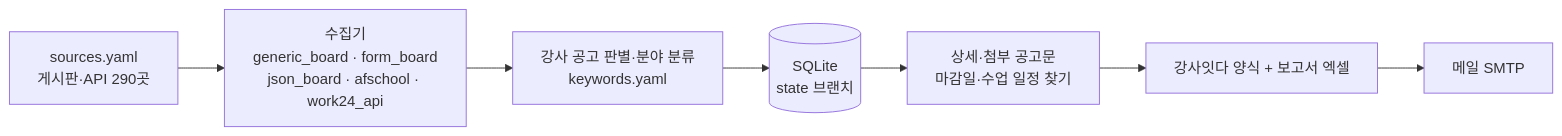
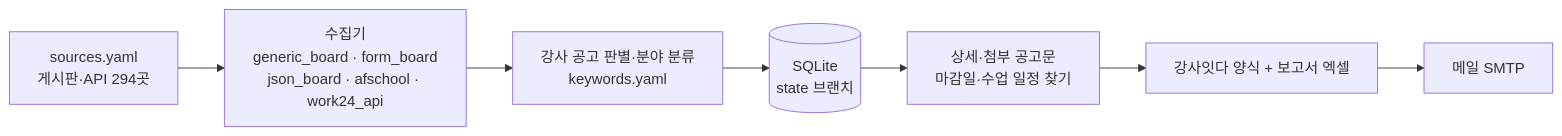
Before and after one commit to thskal17-sudo/busan-school-company: the diagram in docs/DESIGN.md, drawn with Mermaid. The commit also changed other lines of this file and 2 other files, not shown here.

````diff
--- a/docs/DESIGN.md
+++ b/docs/DESIGN.md
@@ -29,9 +29,9 @@
 ```mermaid
 flowchart LR
-    S[sources.yaml<br/>게시판·API 290곳] --> C[수집기<br/>generic_board · form_board<br/>json_board · afschool · work24_api]
+    S[sources.yaml<br/>게시판·API 294곳] --> C[수집기<br/>generic_board · form_board<br/>json_board · afschool · work24_api]
     C --> F[강사 공고 판별·분야 분류<br/>keywords.yaml]
     F --> D[(SQLite<br/>state 브랜치)]
     D --> I[상세·첨부 공고문<br/>마감일·수업 일정 찾기]
     I --> X[강사잇다 양식 + 보고서 엑셀]
     X --> M[메일 SMTP]
 ```
````
